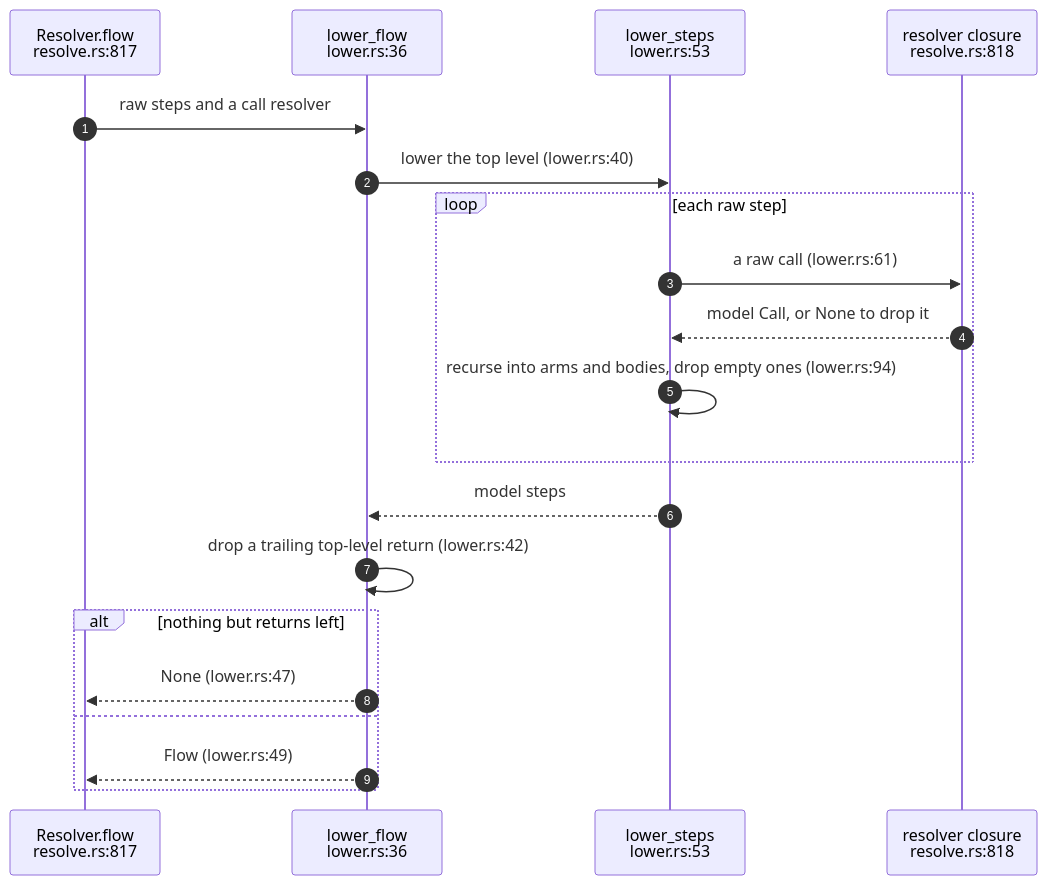
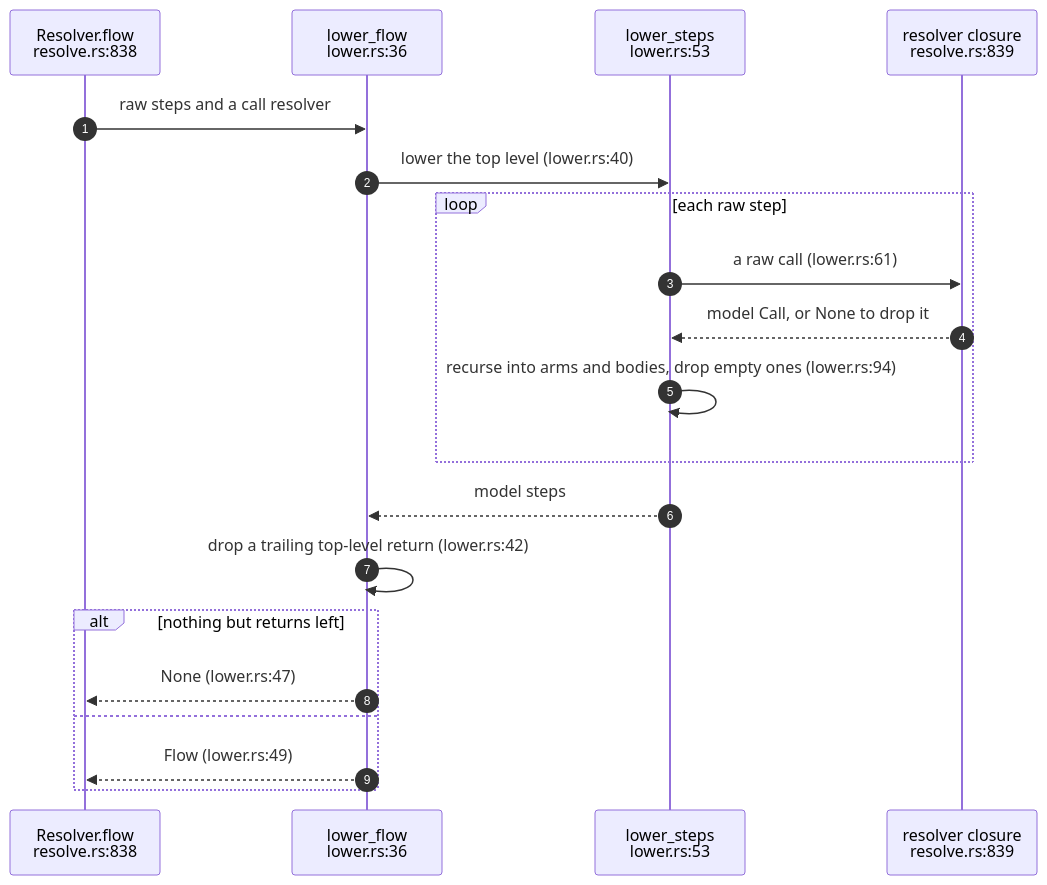
The first of 5 diagrams in docs/diagrams/extract/04-lowering-confidence-and-labels.md (DreamLab-AI/codemaid), drawn with Mermaid before and after one commit. The commit also changed other lines of this file and 21 other files, not shown here.

````diff
--- a/docs/diagrams/extract/04-lowering-confidence-and-labels.md
+++ b/docs/diagrams/extract/04-lowering-confidence-and-labels.md
@@ -57,22 +57,22 @@
 ```mermaid
 sequenceDiagram
     autonumber
-    participant RS as Resolver.flow<br/>resolve.rs:817
+    participant RS as Resolver.flow<br/>resolve.rs:838
     participant LF as lower_flow<br/>lower.rs:36
     participant LS as lower_steps<br/>lower.rs:53
-    participant CB as resolver closure<br/>resolve.rs:818
+    participant CB as resolver closure<br/>resolve.rs:839
     RS->>LF: raw steps and a call resolver
     LF->>LS: lower the top level (lower.rs:40)
     loop each raw step
         LS->>CB: a raw call (lower.rs:61)
         CB-->>LS: model Call, or None to drop it
         LS->>LS: recurse into arms and bodies, drop empty ones (lower.rs:94)
     end
     LS-->>LF: model steps
     LF->>LF: drop a trailing top-level return (lower.rs:42)
     alt nothing but returns left
         LF-->>RS: None (lower.rs:47)
     else
         LF-->>RS: Flow (lower.rs:49)
     end
 ```
````
